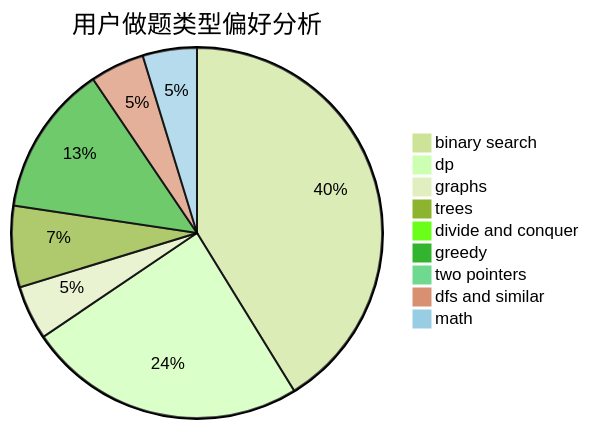
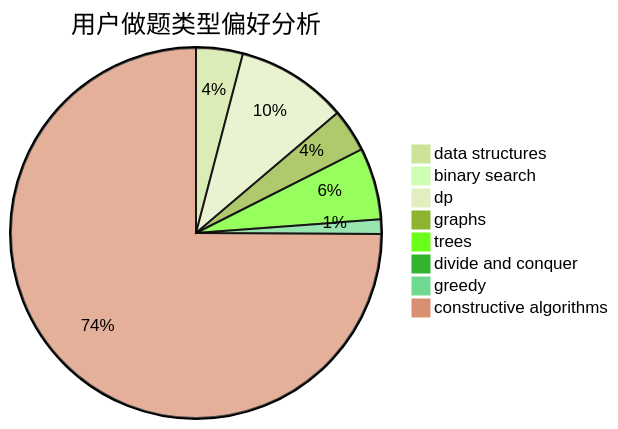
One commit to sherpahu/cfrs.github.io changed the second of 3 diagrams in docs/user/u2309.md. Above: the diagram before and after it, drawn with Mermaid (forest theme). The commit also changed other lines of this file and 2775 other files, not shown here.

````diff
--- a/docs/user/u2309.md
+++ b/docs/user/u2309.md
@@ -23,12 +23,11 @@
 ```mermaid
 pie title 用户做题类型偏好分析
-    "binary search" :  122
-    "dp" :  72
-    "graphs" :  14
-    "trees" :  21
-    "divide and conquer" :  3
-    "greedy" :  39
-    "two pointers" :  3
-    "dfs and similar" :  14
-    "math" :  14
+    "data structures" :  13
+    "binary search" :  3
+    "dp" :  31
+    "graphs" :  12
+    "trees" :  20
+    "divide and conquer" :  1
+    "greedy" :  4
+    "constructive algorithms" :  239
 ```
````
